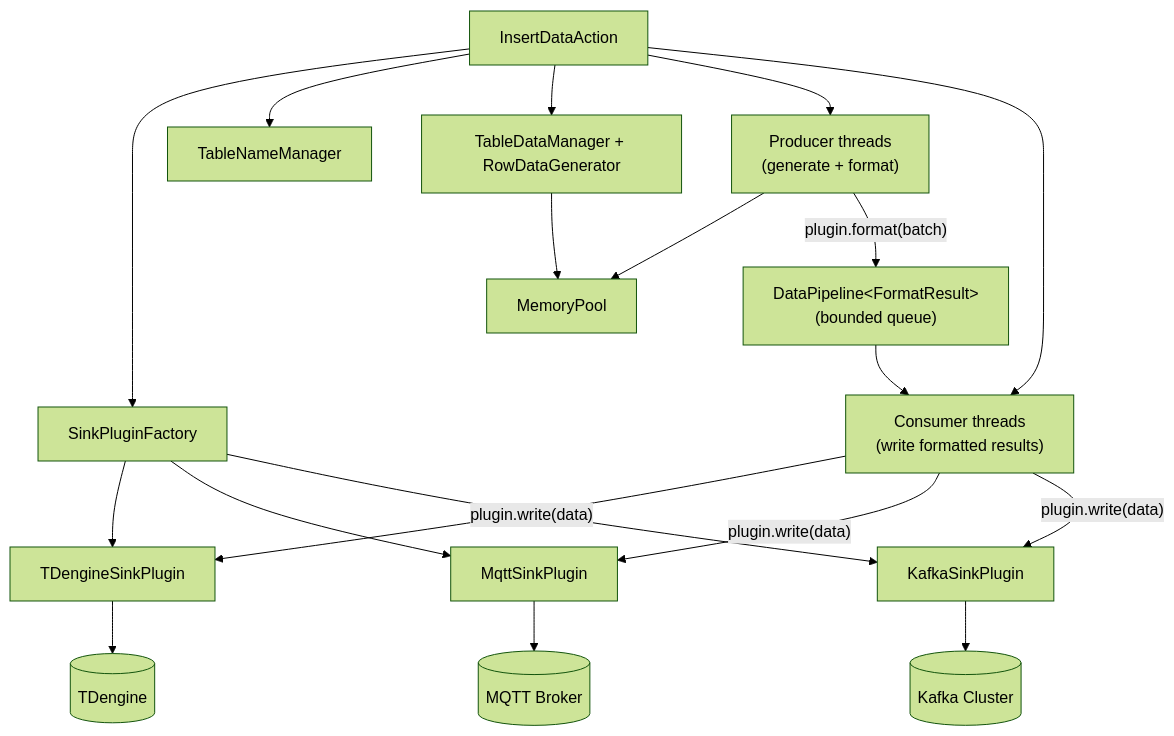
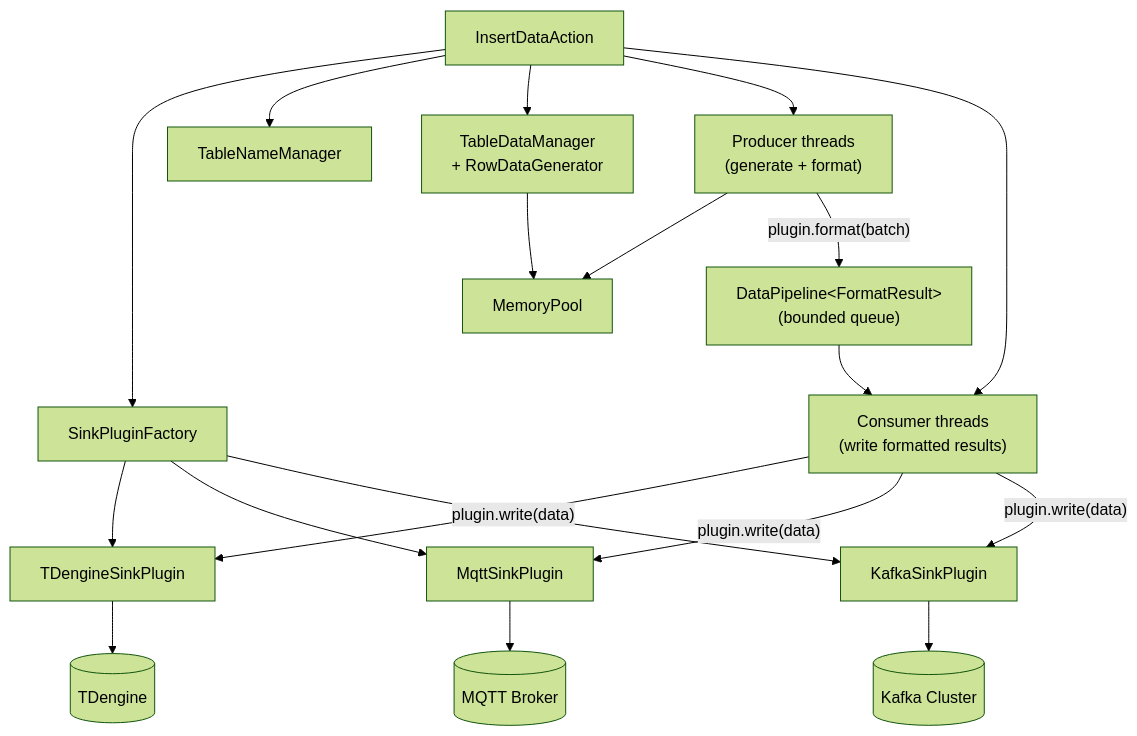
The second of 3 diagrams in README-CN.md (taosdata/taosgen), drawn with Mermaid (forest theme) before and after one commit. The commit also changed other lines of this file and 1 other file, not shown here.

Commit message:
docs: further streamline the overview chart

````diff
--- a/README-CN.md
+++ b/README-CN.md
@@ -112,25 +78,25 @@
 ```mermaid
 flowchart TB
   A4["InsertDataAction"] --> SPF["SinkPluginFactory"]
   SPF --> TDSP["TDengineSinkPlugin"]
   SPF --> MQSP["MqttSinkPlugin"]
   SPF --> KFSP["KafkaSinkPlugin"]
 
   A4 --> TN["TableNameManager"]
-  A4 --> TM["TableDataManager + RowDataGenerator"]
+  A4 --> TM["TableDataManager<br/>+ RowDataGenerator"]
   TM --> MP["MemoryPool"]
 
   A4 --> P["Producer threads<br/>(generate + format)"]
   P --> MP
   P -->|"plugin.format(batch)"| DP["DataPipeline&lt;FormatResult&gt;<br/>(bounded queue)"]
 
   A4 --> C["Consumer threads<br/>(write formatted results)"]
   DP --> C
   C -->|"plugin.write(data)"| TDSP
   C -->|"plugin.write(data)"| MQSP
   C -->|"plugin.write(data)"| KFSP
 
   TDSP --> TD[("TDengine")]
   MQSP --> MQ[("MQTT Broker")]
   KFSP --> KF[("Kafka Cluster")]
 ```
````
